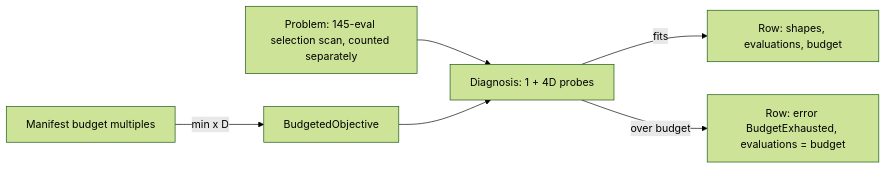
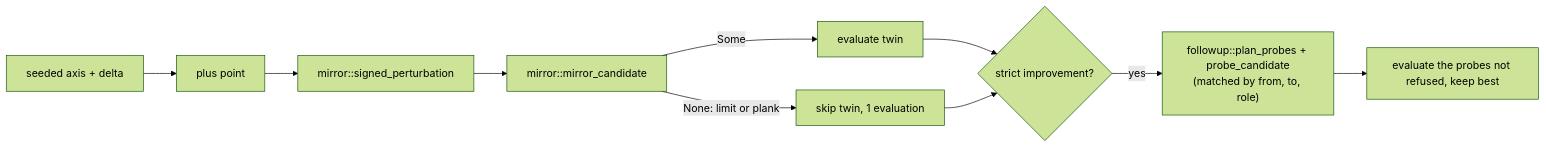
One commit to stSoftwareAU/NEAT-AI-Lamarck changed the diagram in docs/archive/pr-summaries/pr-summary-266.md. Above: the diagram before and after it, drawn with Mermaid (forest theme). The commit also changed other lines of this file, not shown here.

````diff
--- a/docs/archive/pr-summaries/pr-summary-266.md
+++ b/docs/archive/pr-summaries/pr-summary-266.md
@@ -39,8 +46,12 @@
 ```mermaid
 flowchart LR
-    M[Manifest budget multiples] -->|min x D| B[BudgetedObjective]
-    P[Problem: 145-eval selection scan, counted separately] --> D[Diagnosis: 1 + 4D probes]
-    B --> D
-    D -->|fits| R[Row: shapes, evaluations, budget]
-    D -->|over budget| E[Row: error BudgetExhausted, evaluations = budget]
+    R[seeded axis + delta] --> P[plus point]
+    P --> S[mirror::signed_perturbation]
+    S --> M[mirror::mirror_candidate]
+    M -->|Some| T[evaluate twin]
+    M -->|None: limit or plank| K[skip twin, 1 evaluation]
+    T --> A{strict improvement?}
+    K --> A
+    A -->|yes| F["followup::plan_probes + probe_candidate<br/>(matched by from, to, role)"]
+    F --> E[evaluate the probes not refused, keep best]
 ```
````
